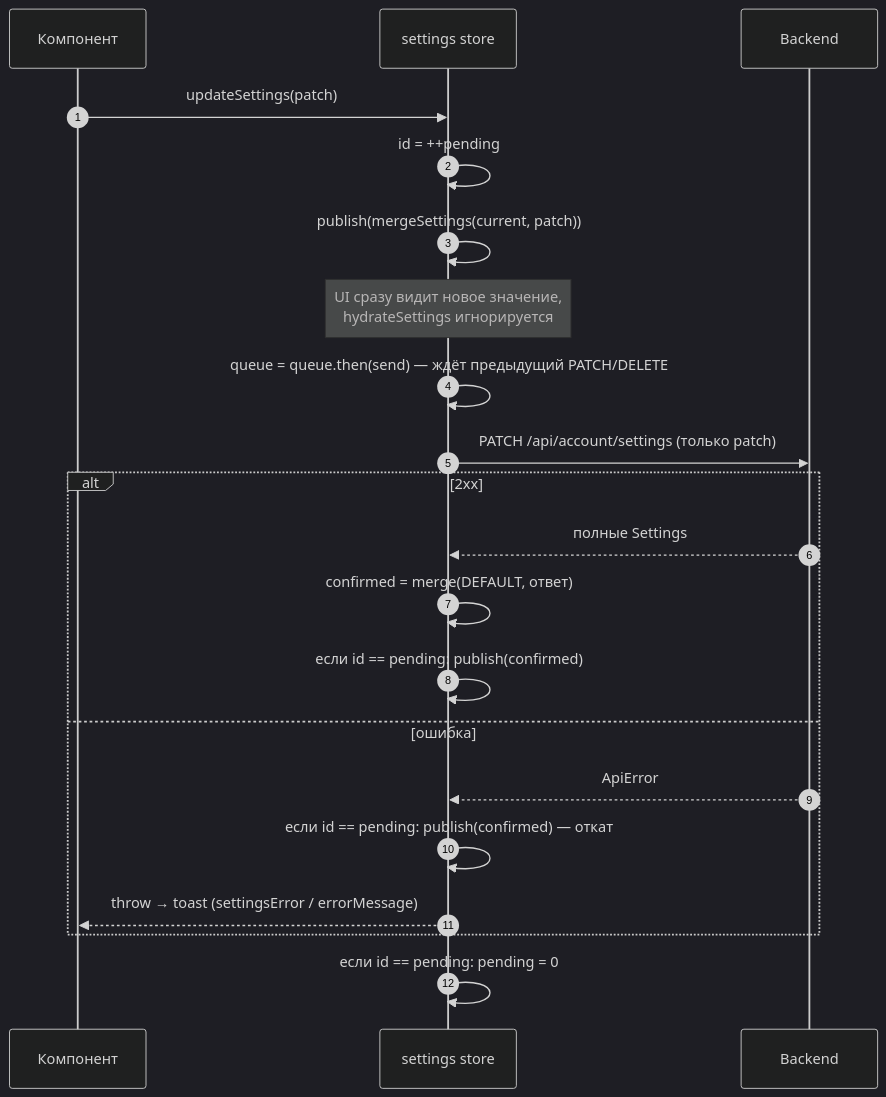
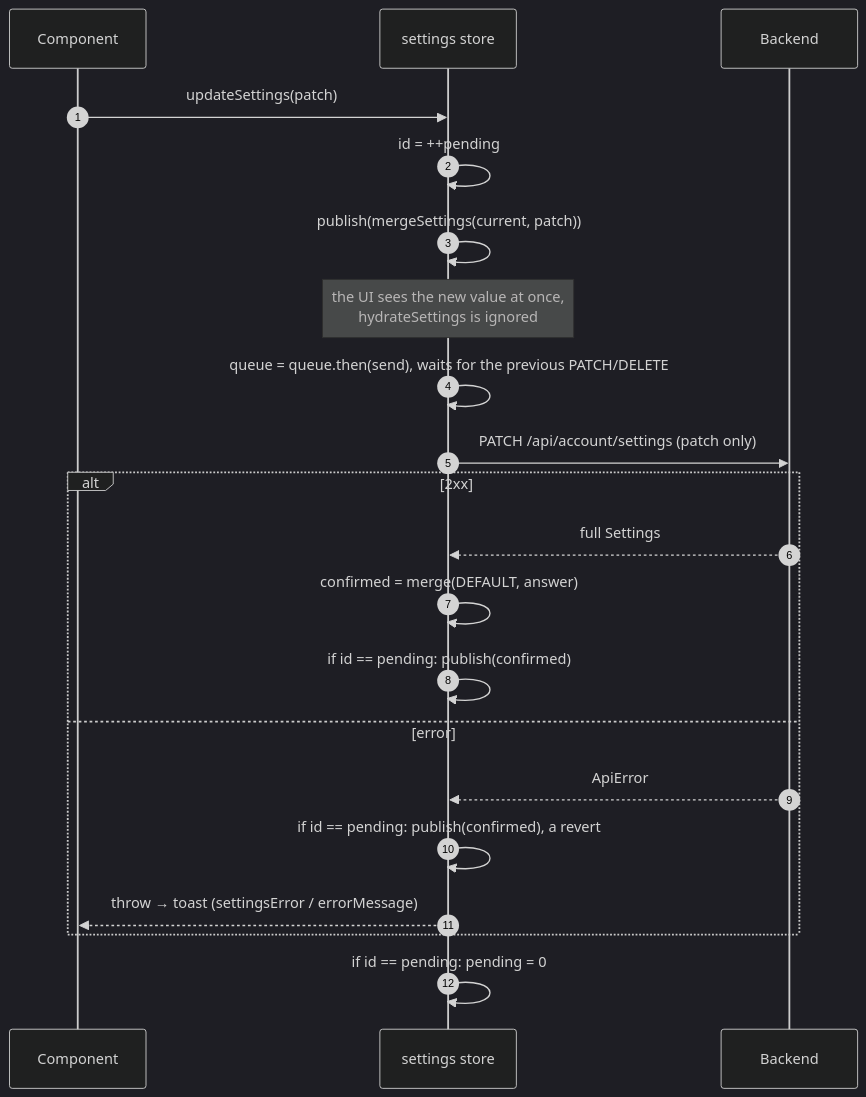
The fourth of 5 diagrams in docs/data-flow.md (NikitkaZXC/tcloud-frontend), drawn with Mermaid (dark theme) before and after one commit. The commit also changed other lines of this file and 8 other files, not shown here.

````diff
--- a/docs/data-flow.md
+++ b/docs/data-flow.md
@@ -162,23 +167,23 @@
 ```mermaid
 sequenceDiagram
     autonumber
-    participant UI as Компонент
+    participant UI as Component
     participant S as settings store
     participant B as Backend
     UI->>S: updateSettings(patch)
     S->>S: id = ++pending
     S->>S: publish(mergeSettings(current, patch))
-    Note over S: UI сразу видит новое значение,<br/>hydrateSettings игнорируется
-    S->>S: queue = queue.then(send) — ждёт предыдущий PATCH/DELETE
-    S->>B: PATCH /api/account/settings (только patch)
+    Note over S: the UI sees the new value at once,<br/>hydrateSettings is ignored
+    S->>S: queue = queue.then(send), waits for the previous PATCH/DELETE
+    S->>B: PATCH /api/account/settings (patch only)
     alt 2xx
-        B-->>S: полные Settings
-        S->>S: confirmed = merge(DEFAULT, ответ)
-        S->>S: если id == pending: publish(confirmed)
-    else ошибка
+        B-->>S: full Settings
+        S->>S: confirmed = merge(DEFAULT, answer)
+        S->>S: if id == pending: publish(confirmed)
+    else error
         B-->>S: ApiError
-        S->>S: если id == pending: publish(confirmed) — откат
+        S->>S: if id == pending: publish(confirmed), a revert
         S-->>UI: throw → toast (settingsError / errorMessage)
     end
-    S->>S: если id == pending: pending = 0
+    S->>S: if id == pending: pending = 0
 ```
````
